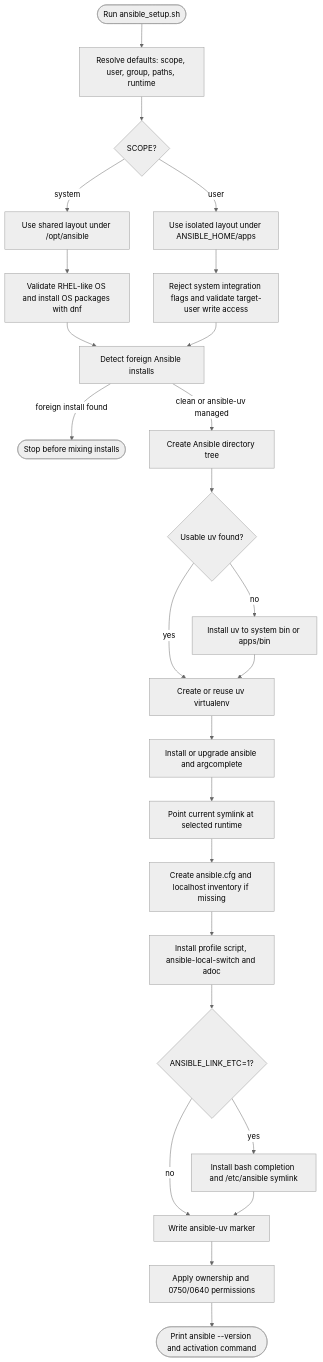
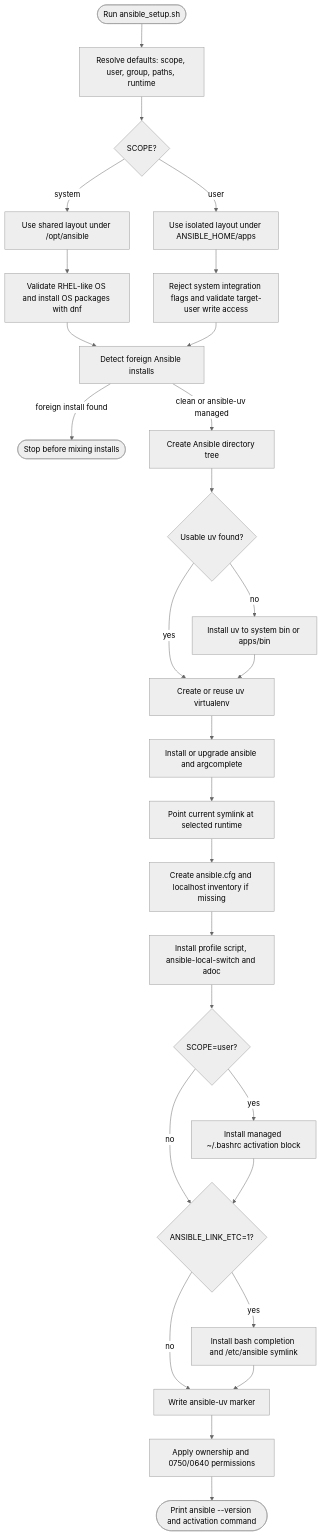
Before and after one commit to joe-speedboat/ansible.installer: the first of 2 diagrams in README.md, drawn with Mermaid (neutral theme). The commit also changed other lines of this file and 2 other files, not shown here.

Commit message:
feat: auto-load userspace Ansible profile

````diff
--- a/README.md
+++ b/README.md
@@ -9,34 +9,38 @@
 ```mermaid
 flowchart TD
   start([Run ansible_setup.sh]) --> defaults[Resolve defaults: scope, user, group, paths, runtime]
   defaults --> scope{SCOPE?}
 
   scope -->|system| system[Use shared layout under /opt/ansible]
   scope -->|user| user[Use isolated layout under ANSIBLE_HOME/apps]
 
   system --> oscheck[Validate RHEL-like OS and install OS packages with dnf]
   user --> userspace[Reject system integration flags and validate target-user write access]
 
   oscheck --> conflict[Detect foreign Ansible installs]
   userspace --> conflict
   conflict -->|foreign install found| stop([Stop before mixing installs])
   conflict -->|clean or ansible-uv managed| tree[Create Ansible directory tree]
 
   tree --> uv{Usable uv found?}
   uv -->|yes| venv[Create or reuse uv virtualenv]
   uv -->|no| installuv[Install uv to system bin or apps/bin]
   installuv --> venv
 
   venv --> pip[Install or upgrade ansible and argcomplete]
   pip --> current[Point current symlink at selected runtime]
   current --> seed[Create ansible.cfg and localhost inventory if missing]
   seed --> payloads[Install profile script, ansible-local-switch and adoc]
+  payloads --> bashrc{SCOPE=user?}
+  bashrc -->|yes| userbashrc[Install managed ~/.bashrc activation block]
+  bashrc -->|no| integration
+  userbashrc --> integration
 
-  payloads --> integration{ANSIBLE_LINK_ETC=1?}
+  integration{ANSIBLE_LINK_ETC=1?}
   integration -->|yes| systemfiles[Install bash completion and /etc/ansible symlink]
   integration -->|no| marker[Write ansible-uv marker]
   systemfiles --> marker
 
   marker --> perms[Apply ownership and 0750/0640 permissions]
   perms --> done([Print ansible --version and activation command])
 ```
````
